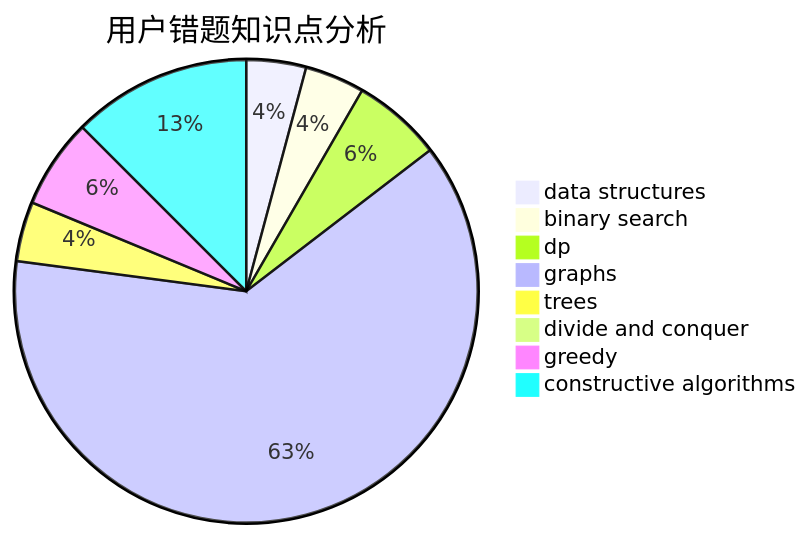
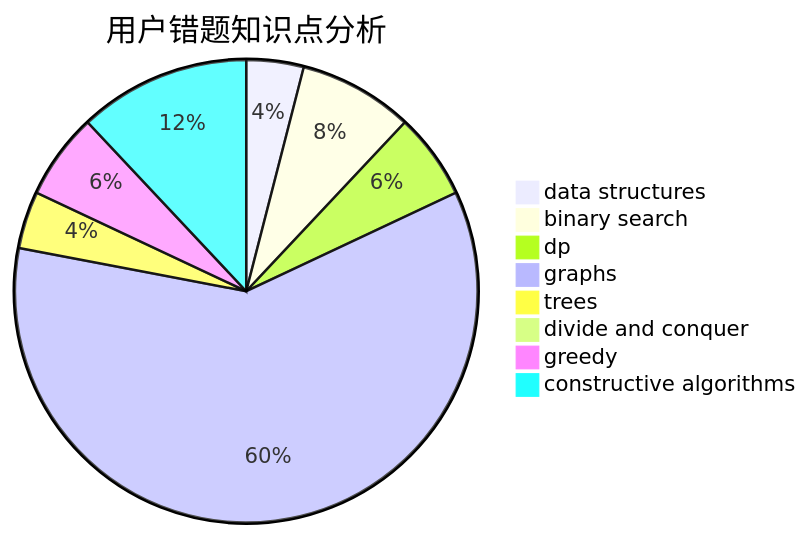
The third of 3 diagrams in docs/user/u790.md (sherpahu/cfrs.github.io), drawn with Mermaid before and after one commit. The commit also changed other lines of this file and 2770 other files, not shown here.

````diff
--- a/docs/user/u790.md
+++ b/docs/user/u790.md
@@ -36,11 +36,11 @@
 ```mermaid
 pie title 用户错题知识点分析
     "data structures" :  2
-    "binary search" :  2
+    "binary search" :  4
     "dp" :  3
     "graphs" :  30
     "trees" :  2
     "divide and conquer" :  0
     "greedy" :  3
     "constructive algorithms" :  6
 ```
````
